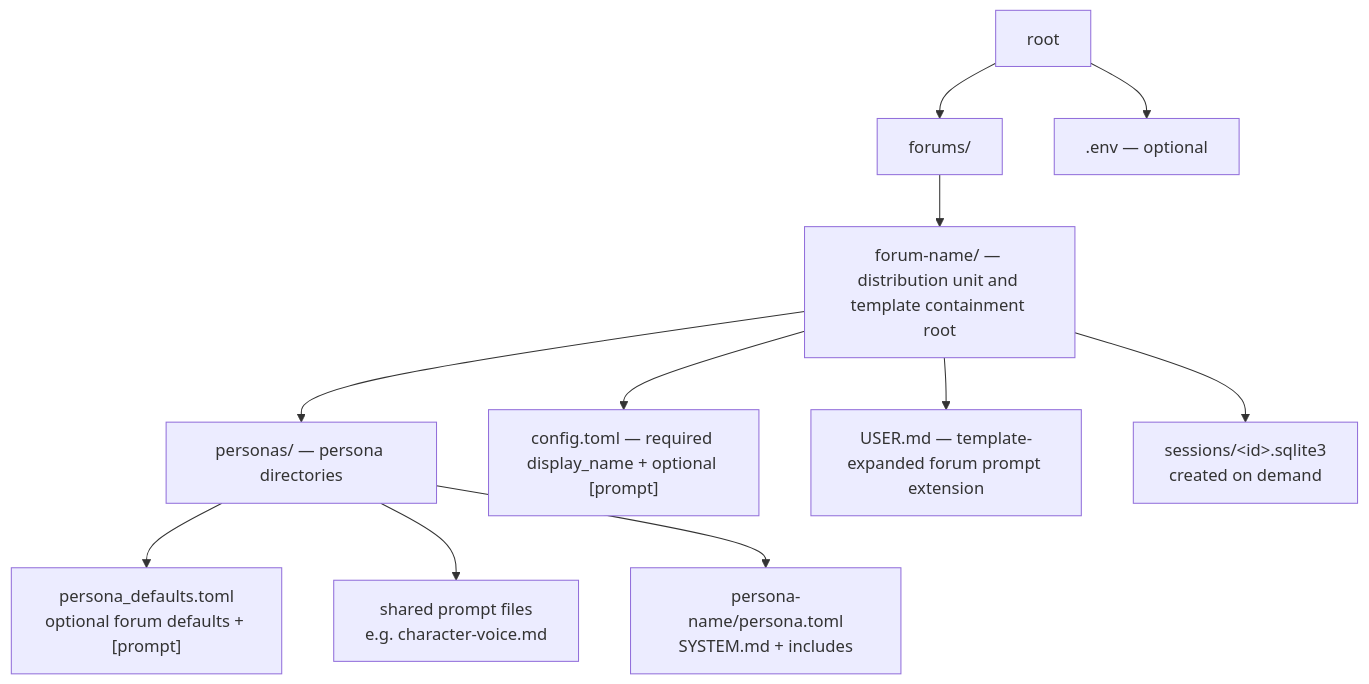
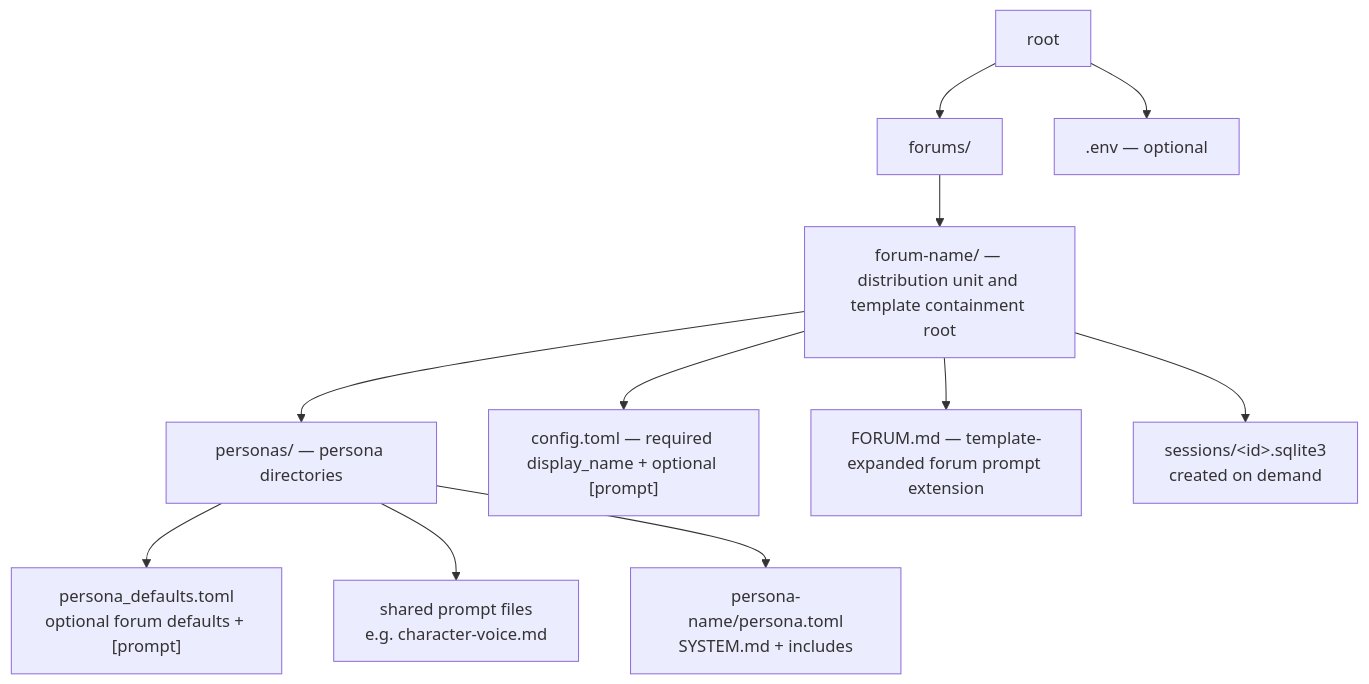
The first of 4 diagrams in src/session/README.md (michaelpopov/cha), drawn with Mermaid before and after one commit. The commit also changed other lines of this file and 17 other files, not shown here.

````diff
--- a/src/session/README.md
+++ b/src/session/README.md
@@ -23,13 +23,13 @@
 ```mermaid
 flowchart TD
     root --> forums["forums/"]
     root --> env[".env — optional"]
     personas --> base["persona_defaults.toml<br/>optional forum defaults + [prompt]"]
     personas --> shared["shared prompt files<br/>e.g. character-voice.md"]
     forums --> forum["forum-name/ — distribution unit and template containment root"]
     forum --> config["config.toml — required display_name + optional [prompt]"]
     forum --> personas["personas/ — persona directories"]
     personas --> persona["persona-name/persona.toml<br/>SYSTEM.md + includes"]
-    forum --> user["USER.md — template-expanded forum prompt extension"]
+    forum --> forum_prompt["FORUM.md — template-expanded forum prompt extension"]
     forum --> sessions["sessions/&lt;id&gt;.sqlite3<br/>created on demand"]
 ```
````
